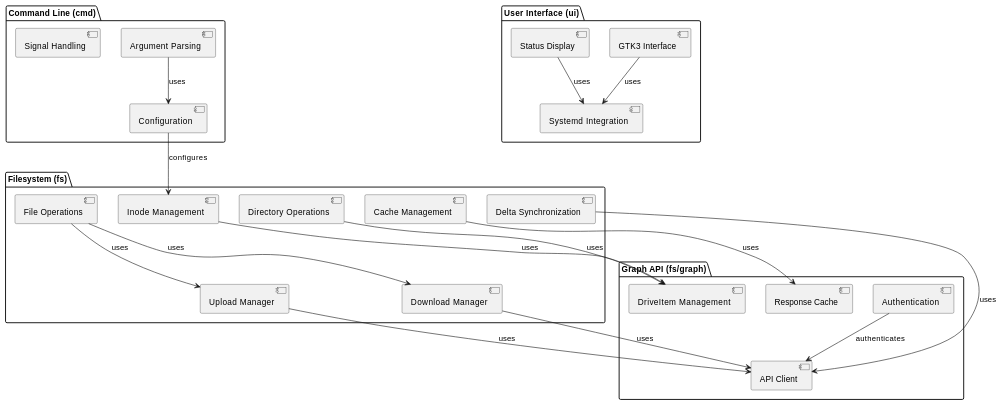
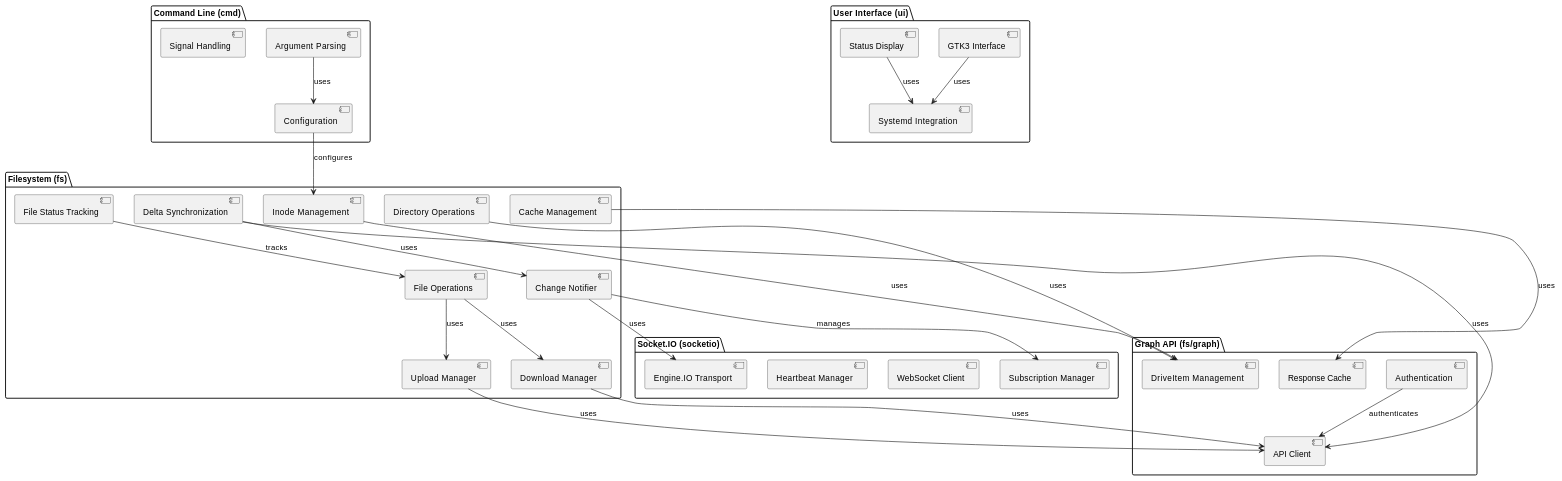
Before and after one commit to Auriora/OneMount: the second of 6 diagrams in docs/2-architecture/software-design-specification.md, drawn with PlantUML. The commit also changed other lines of this file and 2 other files, not shown here.

First line of the commit message:
docs(architecture): update documentation to reflect actual implementation status

````diff
--- a/docs/2-architecture/software-design-specification.md
+++ b/docs/2-architecture/software-design-specification.md
@@ -204,46 +245,59 @@
 ```plantuml
 @startuml
 package "Filesystem (fs)" {
   [Inode Management] as Inode
   [File Operations] as FileOps
   [Directory Operations] as DirOps
   [Cache Management] as Cache
   [Upload Manager] as Upload
   [Download Manager] as Download
   [Delta Synchronization] as Delta
+  [Change Notifier] as ChangeNotifier
+  [File Status Tracking] as FileStatus
 }
 
 package "Graph API (fs/graph)" {
   [Authentication] as Auth
   [DriveItem Management] as DriveItem
   [API Client] as API
   [Response Cache] as ResponseCache
 }
 
 package "Command Line (cmd)" {
   [Argument Parsing] as Args
   [Configuration] as Config
   [Signal Handling] as Signal
 }
 
 package "User Interface (ui)" {
   [GTK3 Interface] as GTK
   [Systemd Integration] as Systemd
   [Status Display] as Status
 }
 
+package "Socket.IO (socketio)" {
+  [Engine.IO Transport] as EngineIO
+  [WebSocket Client] as WebSocket
+  [Heartbeat Manager] as Heartbeat
+  [Subscription Manager] as Subscription
+}
+
 Inode --> DriveItem : uses
 FileOps --> Upload : uses
 FileOps --> Download : uses
 DirOps --> DriveItem : uses
 Cache --> ResponseCache : uses
 Delta --> API : uses
+Delta --> ChangeNotifier : uses
+ChangeNotifier --> EngineIO : uses
+ChangeNotifier --> Subscription : manages
 Auth --> API : authenticates
 Upload --> API : uses
 Download --> API : uses
+FileStatus --> FileOps : tracks
 Args --> Config : uses
 GTK --> Systemd : uses
 Status --> Systemd : uses
 Config --> Inode : configures
 @enduml
 ```
````
